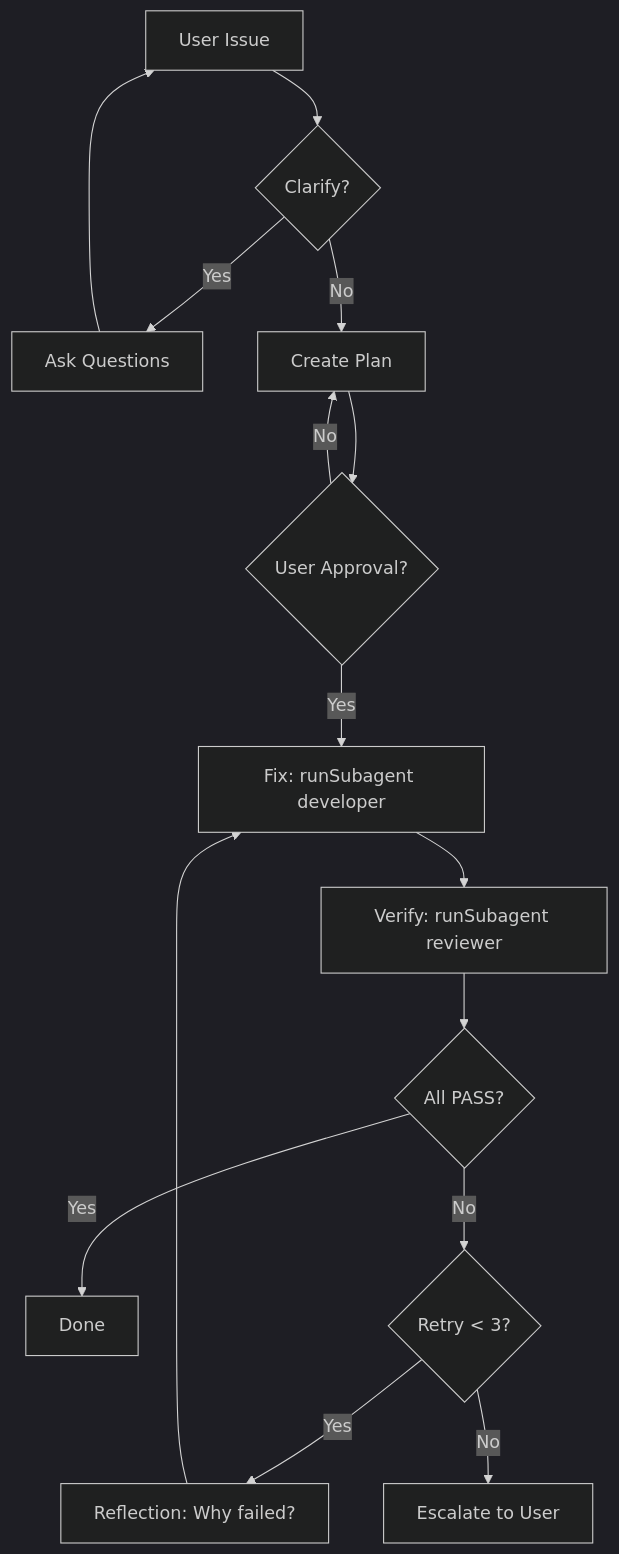
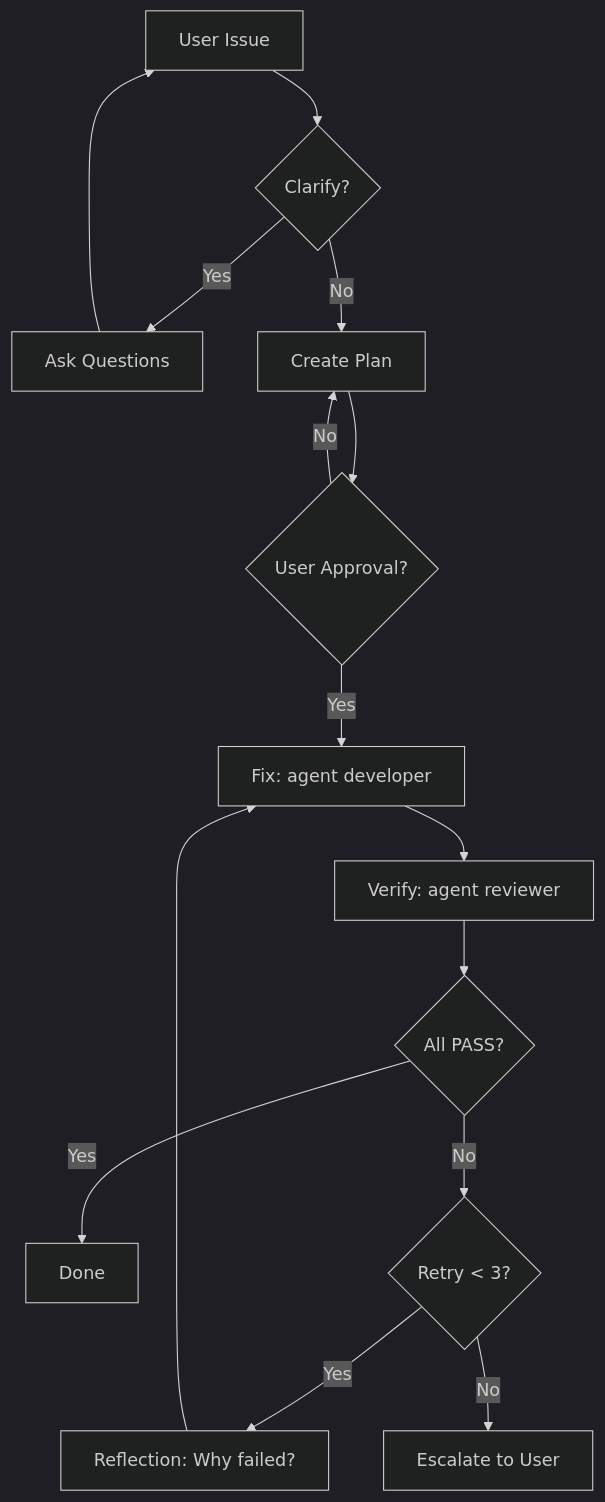
Before and after one commit to aktsmm/Agent-Skills: the second of 2 diagrams in agentic-workflow-guide/references/workflow-patterns/5-evaluator-optimizer.md, drawn with Mermaid (dark theme). The commit also changed other lines of this file and 33 other files, not shown here.

````diff
--- a/agentic-workflow-guide/references/workflow-patterns/5-evaluator-optimizer.md
+++ b/agentic-workflow-guide/references/workflow-patterns/5-evaluator-optimizer.md
@@ -51,17 +51,17 @@
 ```mermaid
 flowchart TD
     A[User Issue] --> B{Clarify?}
     B -->|Yes| C[Ask Questions]
     C --> A
     B -->|No| D[Create Plan]
     D --> E{User Approval?}
     E -->|No| D
-    E -->|Yes| F[Fix: runSubagent developer]
-    F --> G[Verify: runSubagent reviewer]
+    E -->|Yes| F[Fix: agent developer]
+    F --> G[Verify: agent reviewer]
     G --> H{All PASS?}
     H -->|Yes| I[Done]
     H -->|No| J{Retry < 3?}
     J -->|Yes| K[Reflection: Why failed?]
     K --> F
     J -->|No| L[Escalate to User]
 ```
````
